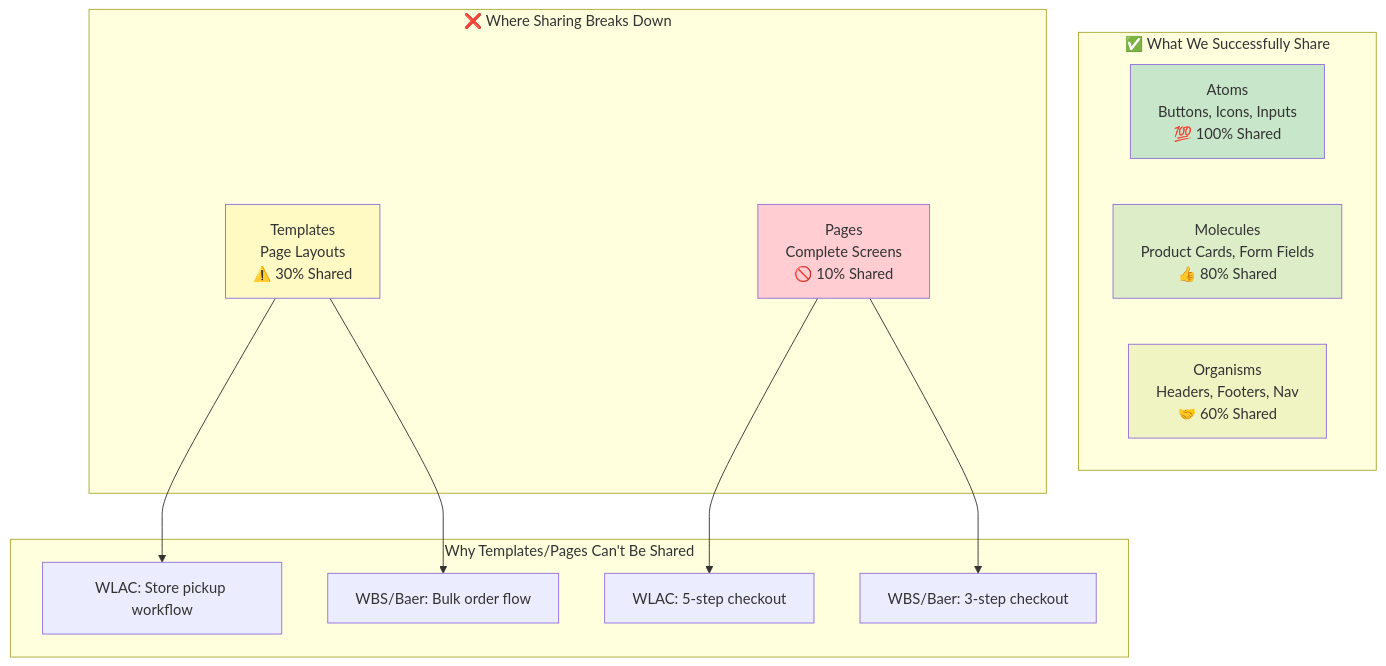
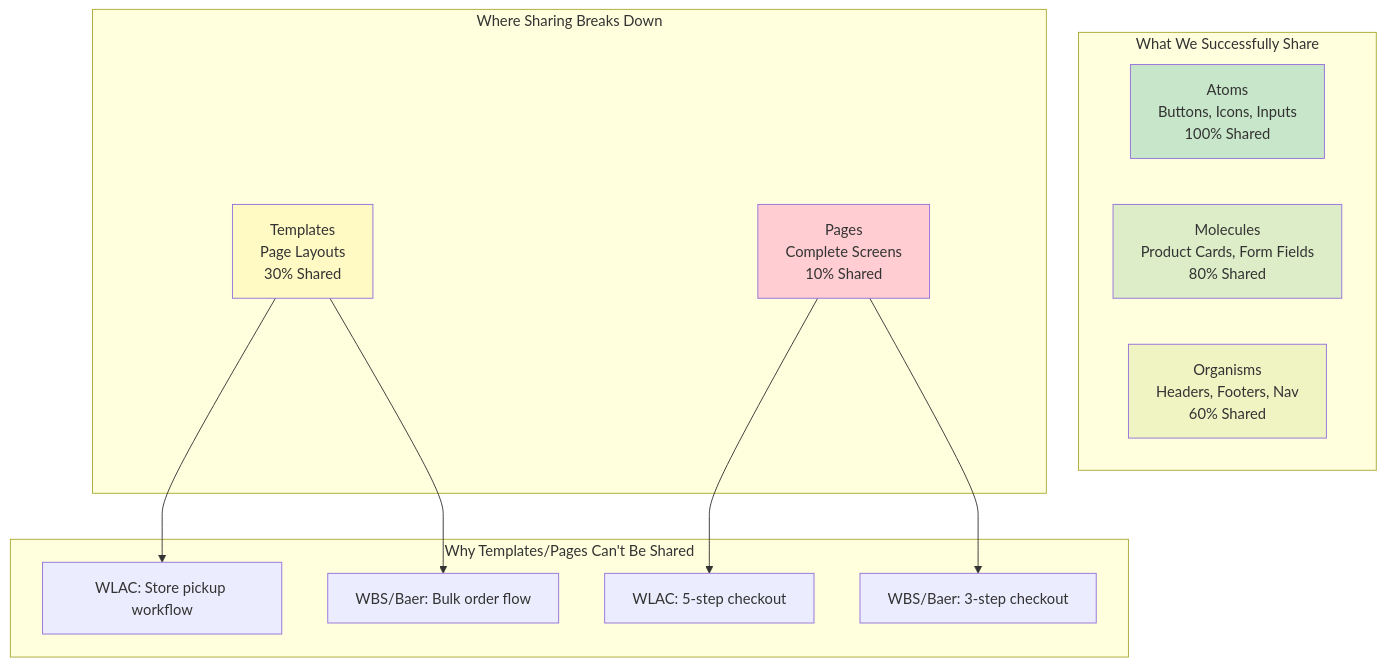
The second of 10 diagrams in README.md (Villvay/front-end_reusability_docs), drawn with Mermaid before and after one commit. The commit also changed other lines of this file, not shown here.

````diff
--- a/README.md
+++ b/README.md
@@ -27,26 +27,26 @@
 ```mermaid
 graph TD
-    subgraph "✅ What We Successfully Share"
-        Atoms[Atoms<br/>Buttons, Icons, Inputs<br/>💯 100% Shared]
-        Molecules[Molecules<br/>Product Cards, Form Fields<br/>👍 80% Shared]
-        Organisms[Organisms<br/>Headers, Footers, Nav<br/>🤝 60% Shared]
+    subgraph "What We Successfully Share"
+        Atoms["Atoms<br/>Buttons, Icons, Inputs<br/>100% Shared"]
+        Molecules["Molecules<br/>Product Cards, Form Fields<br/>80% Shared"]
+        Organisms["Organisms<br/>Headers, Footers, Nav<br/>60% Shared"]
     end
     
-    subgraph "❌ Where Sharing Breaks Down"
-        Templates[Templates<br/>Page Layouts<br/>⚠️ 30% Shared]
-        Pages[Pages<br/>Complete Screens<br/>🚫 10% Shared]
+    subgraph "Where Sharing Breaks Down"
+        Templates["Templates<br/>Page Layouts<br/>30% Shared"]
+        Pages["Pages<br/>Complete Screens<br/>10% Shared"]
     end
     
     subgraph "Why Templates/Pages Can't Be Shared"
         Templates --> T1[WLAC: Store pickup workflow]
         Templates --> T2[WBS/Baer: Bulk order flow]
         Pages --> P1[WLAC: 5-step checkout]
         Pages --> P2[WBS/Baer: 3-step checkout]
     end
     
     style Atoms fill:#C8E6C9
     style Molecules fill:#DCEDC8
     style Organisms fill:#F0F4C3
     style Templates fill:#FFF9C4
     style Pages fill:#FFCDD2
 ```
````
